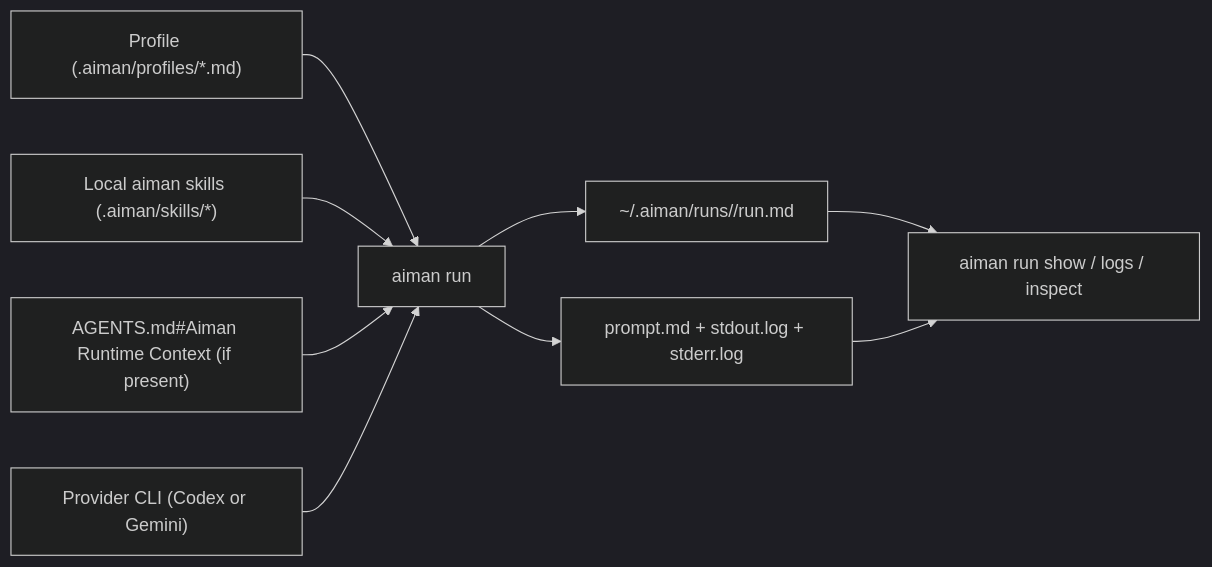
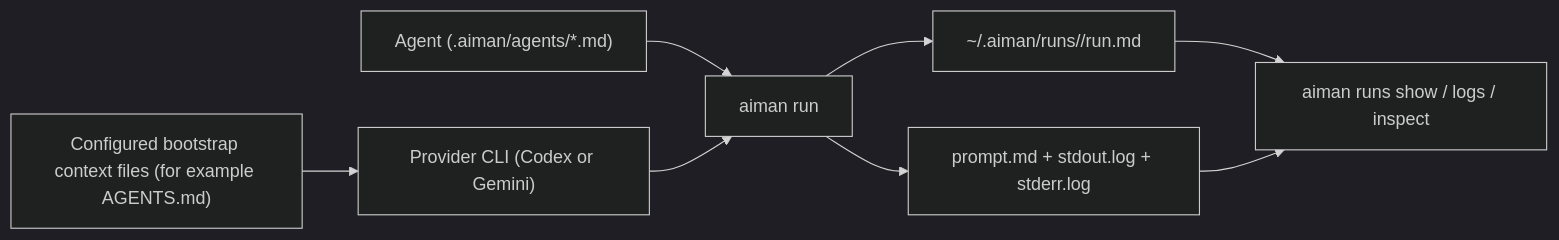
One commit to ogow/aiman changed the diagram in README.md. Above: the diagram before and after it, drawn with Mermaid (dark theme). The commit also changed other lines of this file and 91 other files, not shown here.

````diff
--- a/README.md
+++ b/README.md
@@ -22,11 +21,10 @@
 ```mermaid
 flowchart LR
-    A["Profile (.aiman/profiles/*.md)"] --> B["aiman run <profile>"]
-    S["Local aiman skills (.aiman/skills/*)"] --> B
-    G["AGENTS.md#Aiman Runtime Context (if present)"] --> B
+    A["Agent (.aiman/agents/*.md)"] --> B["aiman run <agent>"]
+    G["Configured bootstrap context files (for example AGENTS.md)"] --> M
     M["Provider CLI (Codex or Gemini)"] --> B
     B --> R["~/.aiman/runs/<run-id>/run.md"]
     B --> P["prompt.md + stdout.log + stderr.log"]
-    R --> I["aiman run show / logs / inspect"]
+    R --> I["aiman runs show / logs / inspect"]
     P --> I
 ```
````
